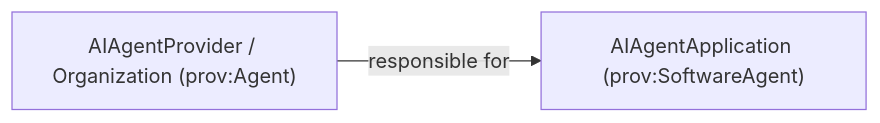
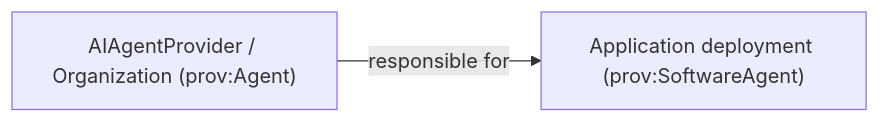
One commit to Agentic-Trust-Layer/agent-explorer changed the third of 3 diagrams in docs/ontology/agent-application.md. Above: the diagram before and after it, drawn with Mermaid. The commit also changed other lines of this file, not shown here.

````diff
--- a/docs/ontology/agent-application.md
+++ b/docs/ontology/agent-application.md
@@ -28,6 +78,6 @@
 ```mermaid
 graph LR
   Provider["AIAgentProvider / Organization (prov:Agent)"]
-  App["AIAgentApplication (prov:SoftwareAgent)"]
+  App["Application deployment (prov:SoftwareAgent)"]
   Provider -->|responsible for| App
 ```
````
